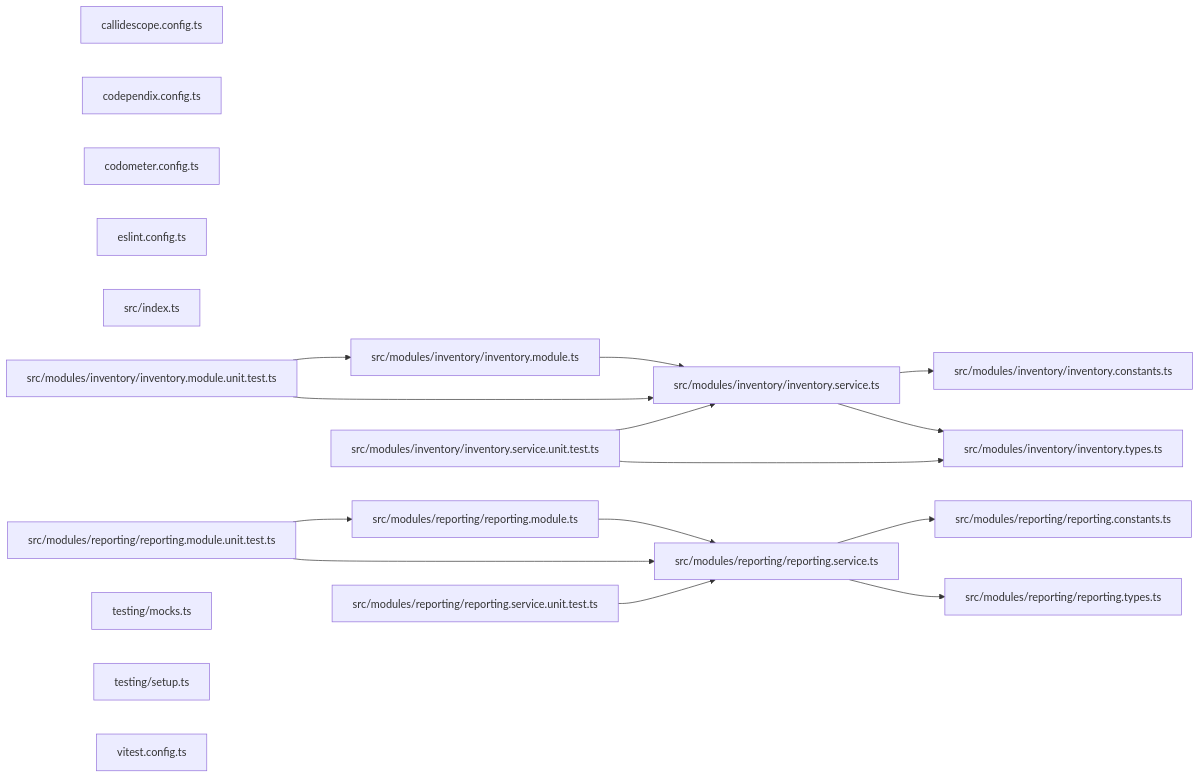
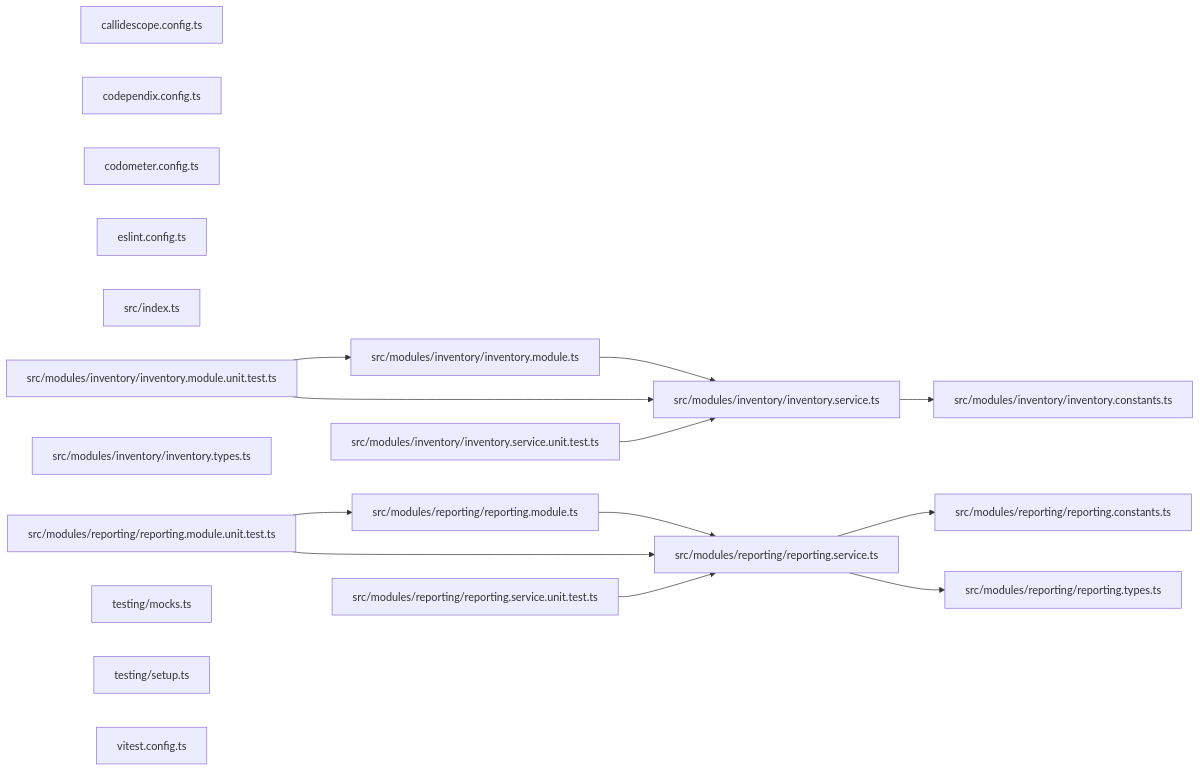
One commit to JimmyPaolini/codebase changed the third of 3 diagrams in packages/ic-suite/conformetry/conformetry-output/README.md. Above: the diagram before and after it, drawn with Mermaid. The commit also changed 18 other files, not shown here.

Commit message:
refactor(conformetry,configuration): ♻️ leave the root readme graphs alone and name core contracts once

````diff
--- a/packages/ic-suite/conformetry/conformetry-output/README.md
+++ b/packages/ic-suite/conformetry/conformetry-output/README.md
@@ -98,36 +98,34 @@
 ```mermaid
 graph LR
   file_callidescope_config_ts["callidescope.config.ts"]
   file_codependix_config_ts["codependix.config.ts"]
   file_codometer_config_ts["codometer.config.ts"]
   file_eslint_config_ts["eslint.config.ts"]
   file_src_index_ts["src/index.ts"]
   file_src_modules_inventory_inventory_constants_ts["src/modules/inventory/inventory.constants.ts"]
   file_src_modules_inventory_inventory_module_ts["src/modules/inventory/inventory.module.ts"]
   file_src_modules_inventory_inventory_module_unit_test_ts["src/modules/inventory/inventory.module.unit.test.ts"]
   file_src_modules_inventory_inventory_service_ts["src/modules/inventory/inventory.service.ts"]
   file_src_modules_inventory_inventory_service_unit_test_ts["src/modules/inventory/inventory.service.unit.test.ts"]
   file_src_modules_inventory_inventory_types_ts["src/modules/inventory/inventory.types.ts"]
   file_src_modules_reporting_reporting_constants_ts["src/modules/reporting/reporting.constants.ts"]
   file_src_modules_reporting_reporting_module_ts["src/modules/reporting/reporting.module.ts"]
   file_src_modules_reporting_reporting_module_unit_test_ts["src/modules/reporting/reporting.module.unit.test.ts"]
   file_src_modules_reporting_reporting_service_ts["src/modules/reporting/reporting.service.ts"]
   file_src_modules_reporting_reporting_service_unit_test_ts["src/modules/reporting/reporting.service.unit.test.ts"]
   file_src_modules_reporting_reporting_types_ts["src/modules/reporting/reporting.types.ts"]
   file_testing_mocks_ts["testing/mocks.ts"]
   file_testing_setup_ts["testing/setup.ts"]
   file_vitest_config_ts["vitest.config.ts"]
   file_src_modules_inventory_inventory_module_ts --> file_src_modules_inventory_inventory_service_ts
   file_src_modules_inventory_inventory_module_unit_test_ts --> file_src_modules_inventory_inventory_module_ts
   file_src_modules_inventory_inventory_module_unit_test_ts --> file_src_modules_inventory_inventory_service_ts
   file_src_modules_inventory_inventory_service_ts --> file_src_modules_inventory_inventory_constants_ts
-  file_src_modules_inventory_inventory_service_ts --> file_src_modules_inventory_inventory_types_ts
   file_src_modules_inventory_inventory_service_unit_test_ts --> file_src_modules_inventory_inventory_service_ts
-  file_src_modules_inventory_inventory_service_unit_test_ts --> file_src_modules_inventory_inventory_types_ts
   file_src_modules_reporting_reporting_module_ts --> file_src_modules_reporting_reporting_service_ts
   file_src_modules_reporting_reporting_module_unit_test_ts --> file_src_modules_reporting_reporting_module_ts
   file_src_modules_reporting_reporting_module_unit_test_ts --> file_src_modules_reporting_reporting_service_ts
   file_src_modules_reporting_reporting_service_ts --> file_src_modules_reporting_reporting_constants_ts
   file_src_modules_reporting_reporting_service_ts --> file_src_modules_reporting_reporting_types_ts
   file_src_modules_reporting_reporting_service_unit_test_ts --> file_src_modules_reporting_reporting_service_ts
 ```
````
